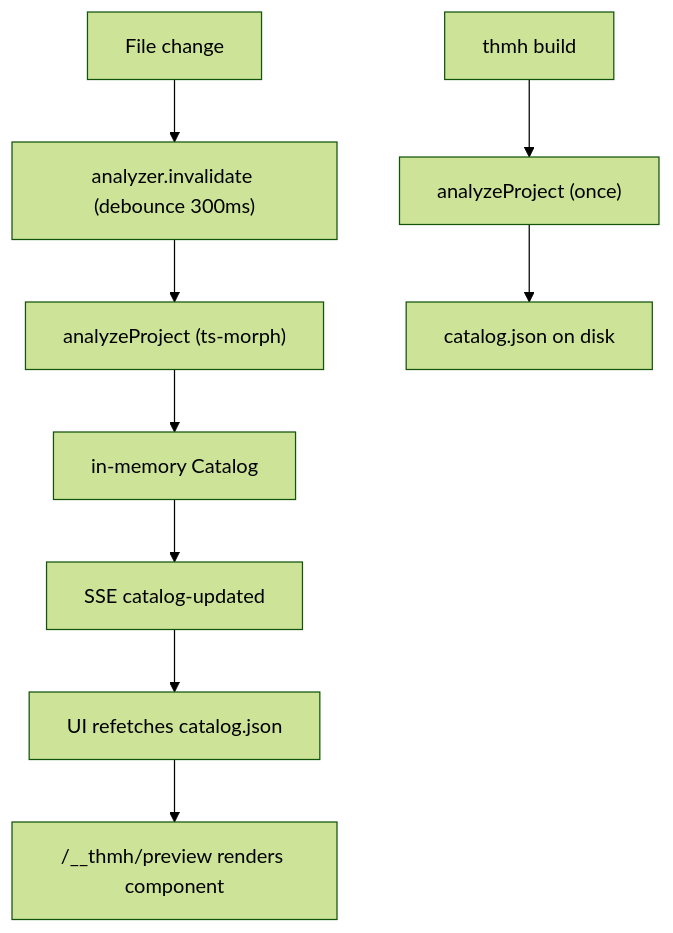
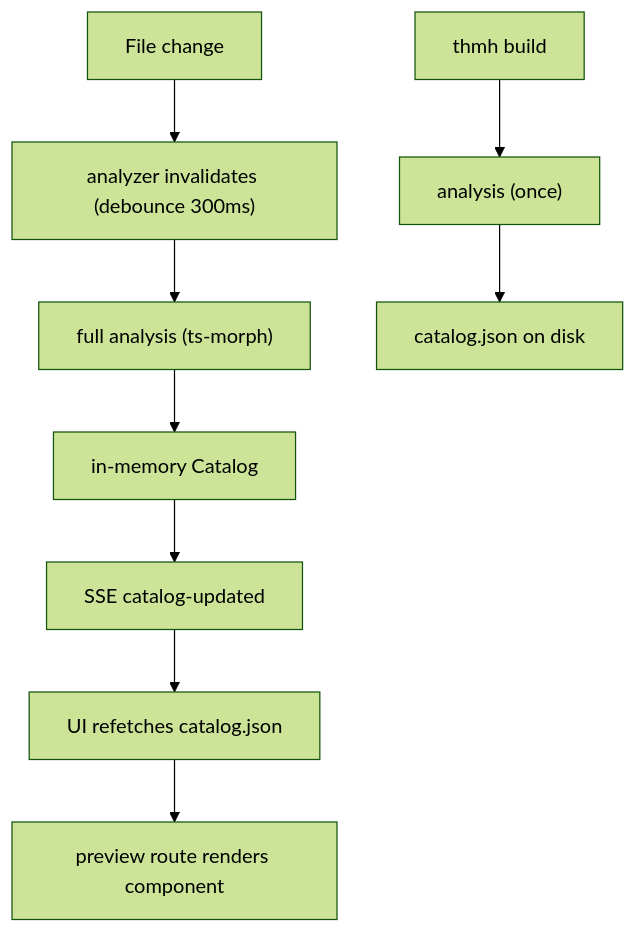
Before and after one commit to haribote/thmh: the fourth of 4 diagrams in docs/architecture.md, drawn with Mermaid (forest theme). The commit also changed other lines of this file, not shown here.

Commit message:
docs: restructure architecture around package trees and dependency graph

````diff
--- a/docs/architecture.md
+++ b/docs/architecture.md
@@ -63,11 +93,11 @@
 ```mermaid
 flowchart TB
-  change[File change] --> inv["analyzer.invalidate (debounce 300ms)"]
-  inv --> analyze["analyzeProject (ts-morph)"]
+  change[File change] --> inv["analyzer invalidates (debounce 300ms)"]
+  inv --> analyze["full analysis (ts-morph)"]
   analyze --> cat[in-memory Catalog]
   cat --> sse["SSE catalog-updated"]
   sse --> uifetch["UI refetches catalog.json"]
-  uifetch --> iframe["/__thmh/preview renders component"]
-  build["thmh build"] --> analyze2["analyzeProject (once)"]
+  uifetch --> iframe["preview route renders component"]
+  build["thmh build"] --> analyze2["analysis (once)"]
   analyze2 --> file[catalog.json on disk]
 ```
````
